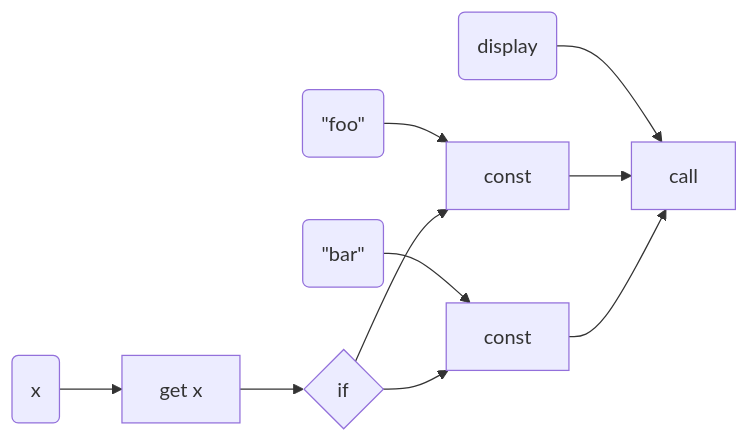
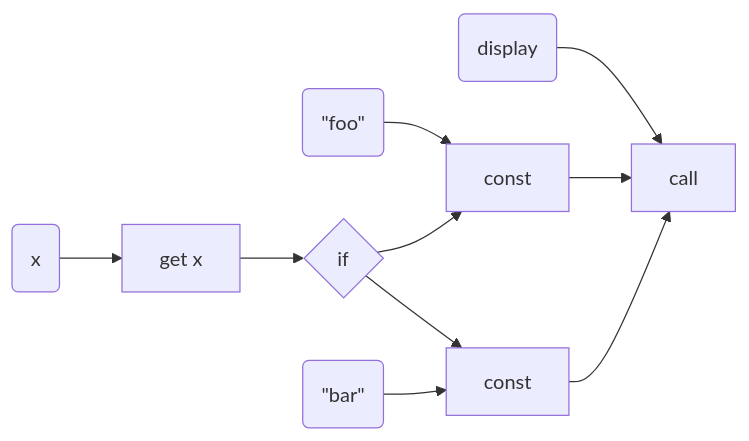
Before and after one commit to raviqqe/doc: the diagram in slides/papers/stak-scheme/if-instruction.mmd, drawn with Mermaid. The commit also changed other lines of this file and 1 other file, not shown here.

```diff
--- a/slides/papers/stak-scheme/if-instruction.mmd
+++ b/slides/papers/stak-scheme/if-instruction.mmd
@@ -1,9 +1,9 @@
 flowchart LR
   d0(x) --> c0
   d1(#quot;foo#quot;) --> c2
-  d2(#quot;bar#quot;) --> c3
   d3(display) --> c4
   c0[get x] --> c1{if}
   c1 --> c2[const] --> c4
   c1 --> c3[const] --> c4
   c4[call]
+  d2(#quot;bar#quot;) --> c3
```
